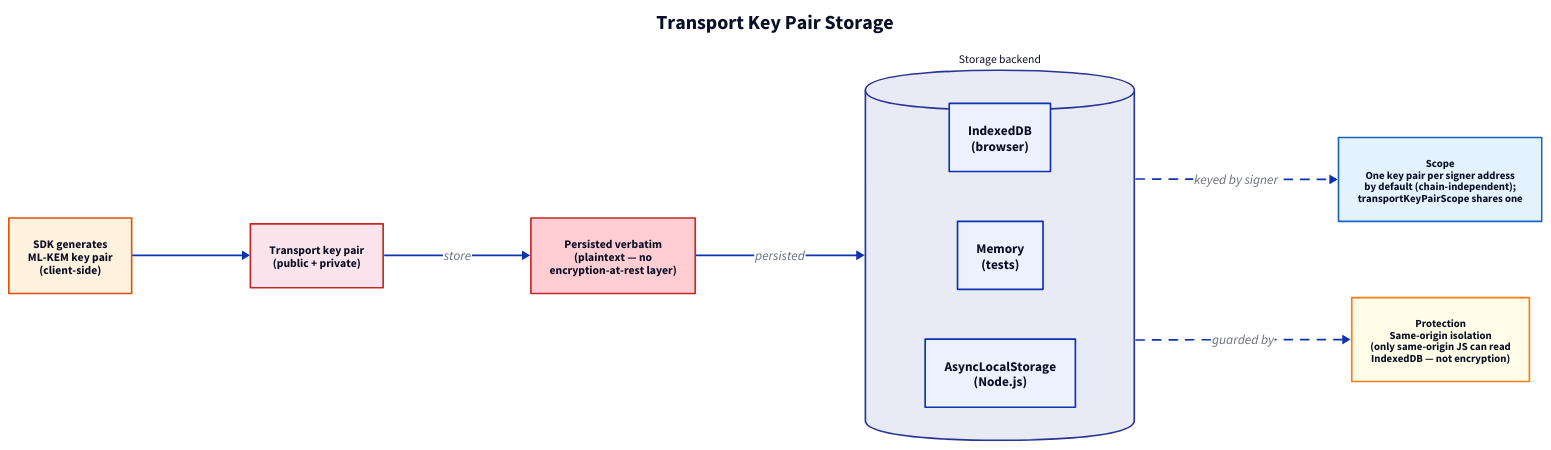
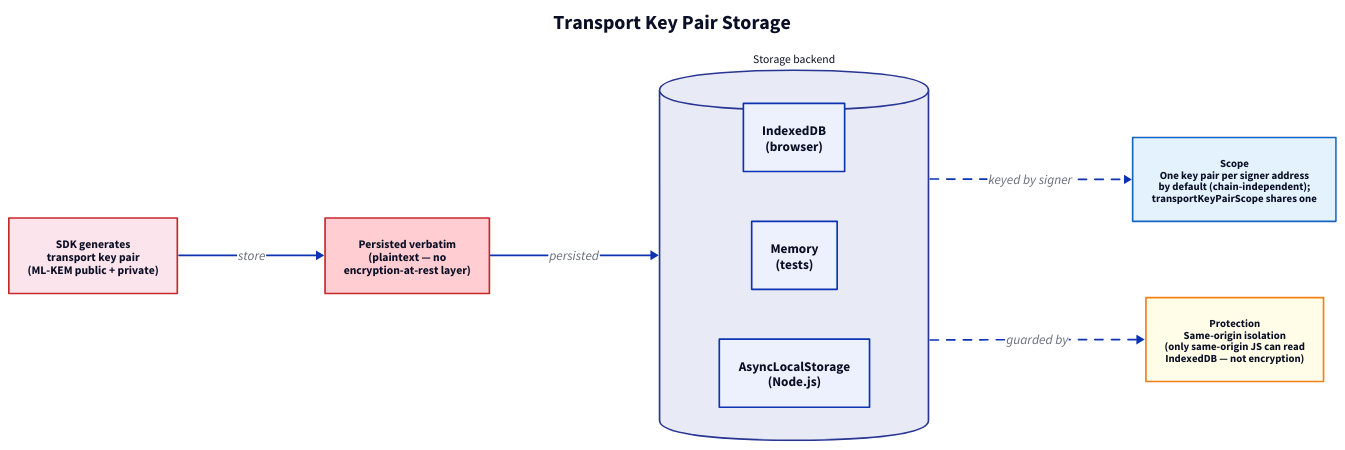
One commit to zama-ai/sdk changed the diagram in docs/diagrams/credential-storage.d2. Above: the diagram before and after it, drawn with D2. The commit also changed 4 other files, not shown here.

```diff
--- a/docs/diagrams/credential-storage.d2
+++ b/docs/diagrams/credential-storage.d2
@@ -1,65 +1,58 @@
 direction: right
 
 title: {
   label: "Transport Key Pair Storage"
   near: top-center
   shape: text
   style.font-size: 24
   style.bold: true
 }
 
 # --- Generation ---
-gen: "SDK generates\nML-KEM key pair\n(client-side)" {
-  style.fill: "#FFF3E0"
-  style.stroke: "#E65100"
-  style.font-size: 14
-}
-
-keypair: "Transport key pair\n(public + private)" {
+keypair: "SDK generates\ntransport key pair\n(ML-KEM public + private)" {
   style.fill: "#FCE4EC"
   style.stroke: "#C62828"
   style.font-size: 14
   style.bold: true
 }
 
 # --- Persisted verbatim (no encryption-at-rest) ---
 plaintext: "Persisted verbatim\n(plaintext — no\nencryption-at-rest layer)" {
   style.fill: "#FFCDD2"
   style.stroke: "#C62828"
   style.font-size: 14
 }
 
 storage: "Storage backend" {
   shape: cylinder
   style.fill: "#E8EAF6"
   style.stroke: "#283593"
   style.font-size: 14
 
   idb: "IndexedDB\n(browser)"
   mem: "Memory\n(tests)"
   als: "AsyncLocalStorage\n(Node.js)"
 }
 
 # --- Scope + protection ---
 scope: "Scope\nOne key pair per signer address\nby default (chain-independent);\ntransportKeyPairScope shares one" {
   style.fill: "#E3F2FD"
   style.stroke: "#1565C0"
   style.font-size: 13
 }
 
 protect: "Protection\nSame-origin isolation\n(only same-origin JS can read\nIndexedDB — not encryption)" {
   style.fill: "#FFFDE7"
   style.stroke: "#F57F17"
   style.font-size: 13
 }
 
 # --- Connections ---
-gen -> keypair
 keypair -> plaintext: "store"
 plaintext -> storage: "persisted"
 storage -> scope: "keyed by signer" {
   style.stroke-dash: 5
 }
 storage -> protect: "guarded by" {
   style.stroke-dash: 5
 }
```
